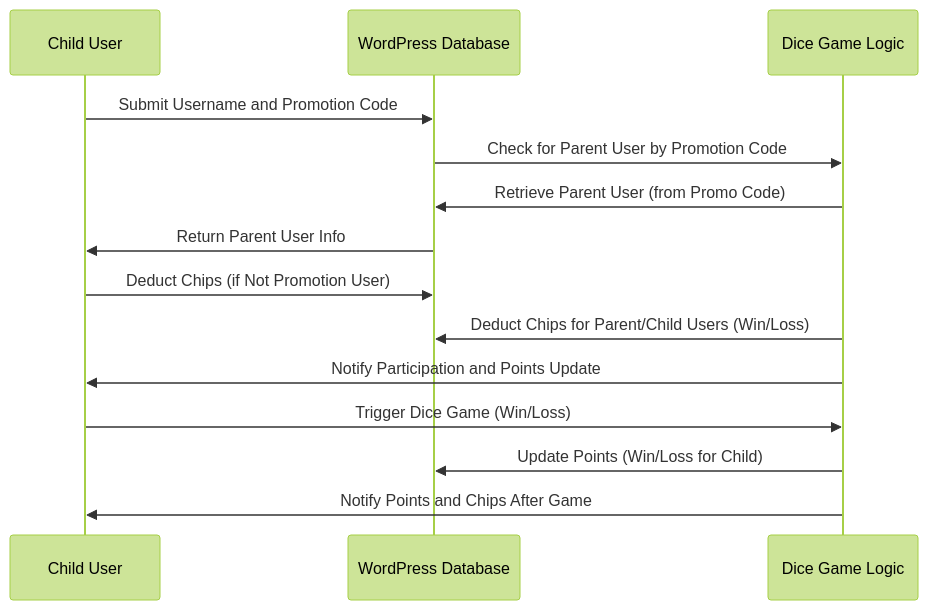
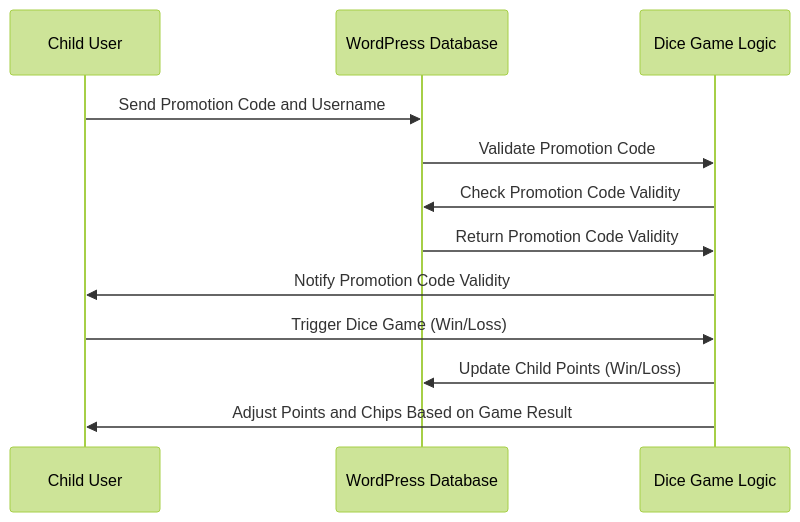
The second of 7 diagrams in README.md (BTI-US/DiceRoller-ChubGame), drawn with Mermaid (forest theme) before and after one commit. The commit also changed other lines of this file and 4 other files, not shown here.

Commit message:
Add google tag track html code, update API description in the README.md, update the game regulation dialog

````diff
--- a/README.md
+++ b/README.md
@@ -116,17 +102,15 @@
 ```mermaid
 sequenceDiagram
     participant Child as Child User
     participant WP as WordPress Database
     participant Dice as Dice Game Logic
 
-    Child->>WP: Submit Username and Promotion Code
-    WP->>Dice: Check for Parent User by Promotion Code
-    Dice->>WP: Retrieve Parent User (from Promo Code)
-    WP->>Child: Return Parent User Info
-    Child->>WP: Deduct Chips (if Not Promotion User)
-    Dice->>WP: Deduct Chips for Parent/Child Users (Win/Loss)
-    Dice->>Child: Notify Participation and Points Update
+    Child->>WP: Send Promotion Code and Username
+    WP->>Dice: Validate Promotion Code
+    Dice->>WP: Check Promotion Code Validity
+    WP->>Dice: Return Promotion Code Validity
+    Dice->>Child: Notify Promotion Code Validity
     Child->>Dice: Trigger Dice Game (Win/Loss)
-    Dice->>WP: Update Points (Win/Loss for Child)
-    Dice->>Child: Notify Points and Chips After Game
+    Dice->>WP: Update Child Points (Win/Loss)
+    Dice->>Child: Adjust Points and Chips Based on Game Result
 ```
````
